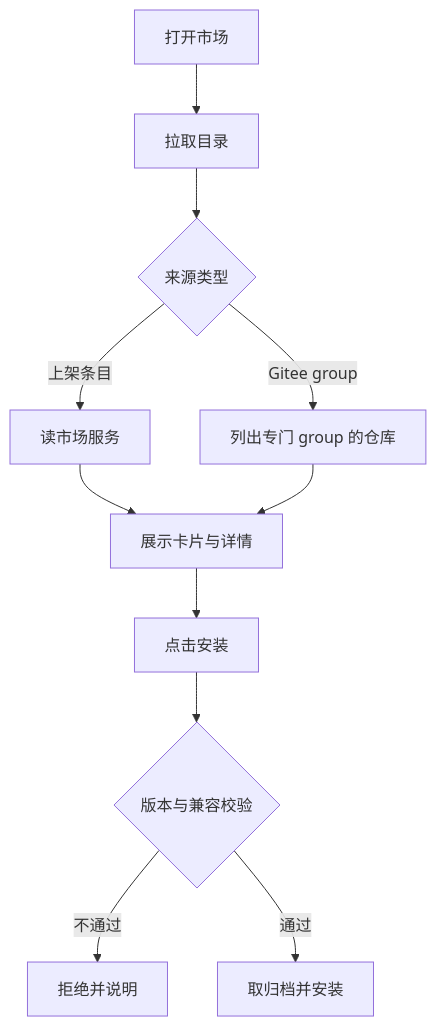
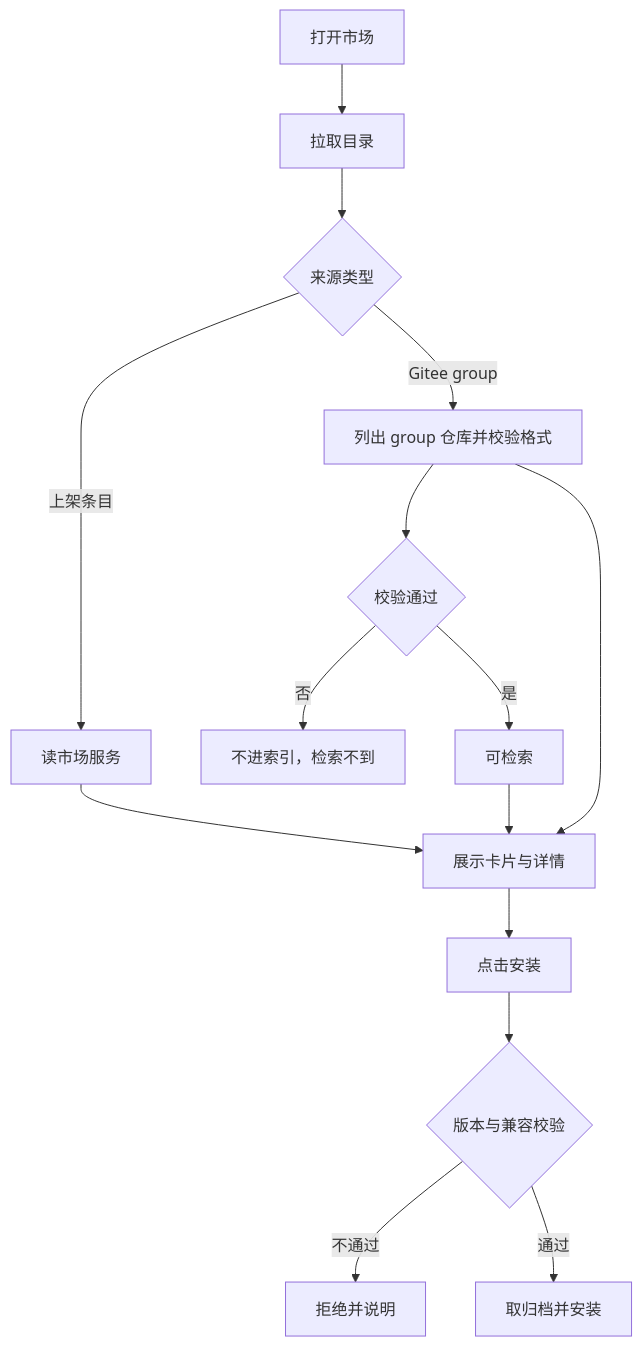
Before and after one commit to hrygo/heluo-forge: the first of 3 diagrams in docs/design/plugins/forge-market.md, drawn with Mermaid. The commit also changed other lines of this file and 5 other files, not shown here.

````diff
--- a/docs/design/plugins/forge-market.md
+++ b/docs/design/plugins/forge-market.md
@@ -110,13 +110,17 @@
 ```mermaid
 flowchart TD
   A[打开市场] --> B[拉取目录]
   B --> C{来源类型}
   C -->|上架条目| D[读市场服务]
-  C -->|Gitee group| E[列出专门 group 的仓库]
+  C -->|Gitee group| E[列出 group 仓库并校验格式]
+  E --> E2{校验通过}
+  E2 -->|否| E3[不进索引，检索不到]
+  E2 -->|是| F2[可检索]
   D --> F[展示卡片与详情]
+  F2 --> F
   E --> F
   F --> G[点击安装]
   G --> H{版本与兼容校验}
   H -->|不通过| I[拒绝并说明]
   H -->|通过| J[取归档并安装]
 ```
````
